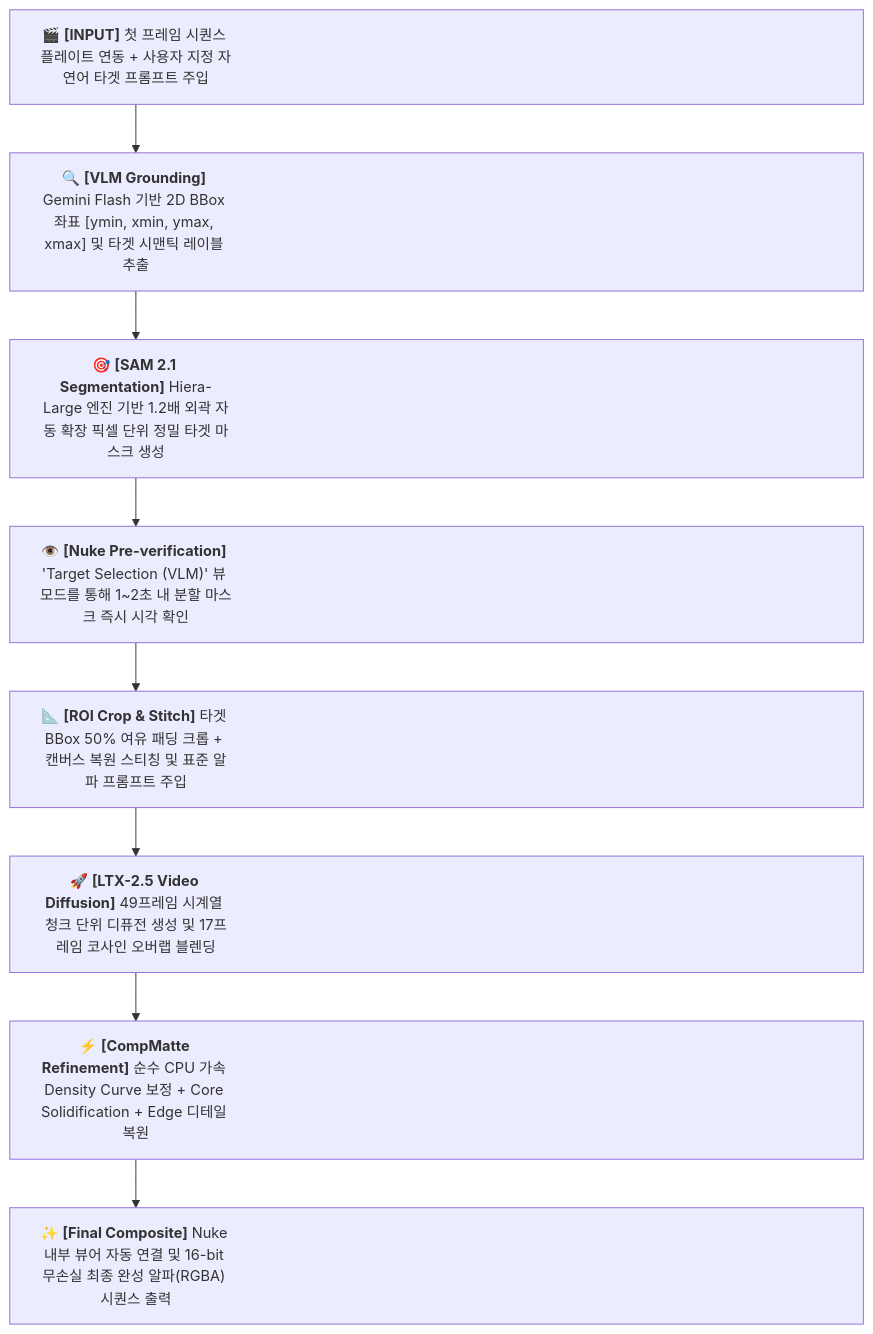
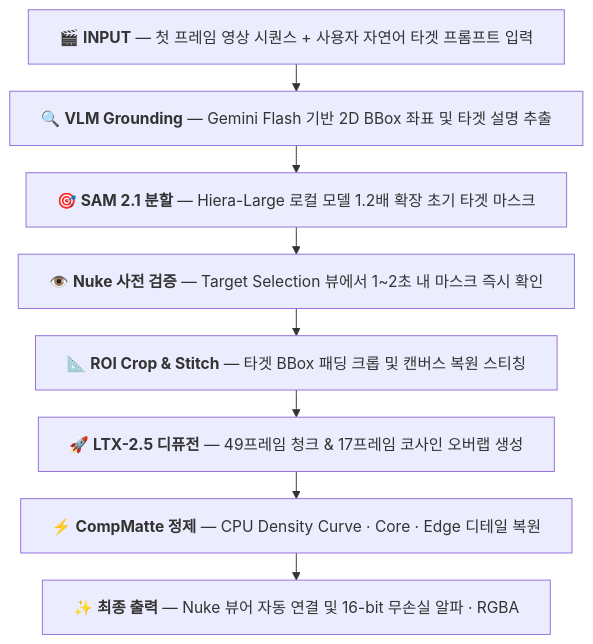
The first of 2 diagrams in README.md (Kiwoo0413/AlphaGen), drawn with Mermaid before and after one commit. The commit also changed other lines of this file, not shown here.

````diff
--- a/README.md
+++ b/README.md
@@ -30,12 +32,21 @@
 ```mermaid
+---
+config:
+  markdownAutoWrap: false
+  flowchart:
+    wrappingWidth: 2000
+    padding: 16
+    rankSpacing: 28
+---
 flowchart TD
-    classDef default width:880px,min-height:52px,font-size:15px,text-align:center;
+    A["`🎬 **INPUT** — 첫 프레임 영상 시퀀스 + 사용자 자연어 타겟 프롬프트 입력`"]
+    B["`🔍 **VLM Grounding** — Gemini Flash 기반 2D BBox 좌표 및 타겟 설명 추출`"]
+    C["`🎯 **SAM 2.1 분할** — Hiera-Large 로컬 모델 1.2배 확장 초기 타겟 마스크`"]
+    D["`👁️ **Nuke 사전 검증** — Target Selection 뷰에서 1~2초 내 마스크 즉시 확인`"]
+    E["`📐 **ROI Crop & Stitch** — 타겟 BBox 패딩 크롭 및 캔버스 복원 스티칭`"]
+    F["`🚀 **LTX-2.5 디퓨전** — 49프레임 청크 & 17프레임 코사인 오버랩 생성`"]
+    G["`⚡ **CompMatte 정제** — CPU Density Curve · Core · Edge 디테일 복원`"]
+    H["`✨ **최종 출력** — Nuke 뷰어 자동 연결 및 16-bit 무손실 알파 · RGBA`"]
 
-    A["<center>🎬 <b>[INPUT]</b> 첫 프레임 시퀀스 플레이트 연동 + 사용자 지정 자연어 타겟 프롬프트 주입</center>"] --> B["<center>🔍 <b>[VLM Grounding]</b> Gemini Flash 기반 2D BBox 좌표 [ymin, xmin, ymax, xmax] 및 타겟 시맨틱 레이블 추출</center>"]
-    B --> C["<center>🎯 <b>[SAM 2.1 Segmentation]</b> Hiera-Large 엔진 기반 1.2배 외곽 자동 확장 픽셀 단위 정밀 타겟 마스크 생성</center>"]
-    C --> D["<center>👁️ <b>[Nuke Pre-verification]</b> 'Target Selection (VLM)' 뷰 모드를 통해 1~2초 내 분할 마스크 즉시 시각 확인</center>"]
-    D --> E["<center>📐 <b>[ROI Crop & Stitch]</b> 타겟 BBox 50% 여유 패딩 크롭 + 캔버스 복원 스티칭 및 표준 알파 프롬프트 주입</center>"]
-    E --> F["<center>🚀 <b>[LTX-2.5 Video Diffusion]</b> 49프레임 시계열 청크 단위 디퓨전 생성 및 17프레임 코사인 오버랩 블렌딩</center>"]
-    F --> G["<center>⚡ <b>[CompMatte Refinement]</b> 순수 CPU 가속 Density Curve 보정 + Core Solidification + Edge 디테일 복원</center>"]
-    G --> H["<center>✨ <b>[Final Composite]</b> Nuke 내부 뷰어 자동 연결 및 16-bit 무손실 최종 완성 알파(RGBA) 시퀀스 출력</center>"]
+    A --> B --> C --> D --> E --> F --> G --> H
 ```
````
